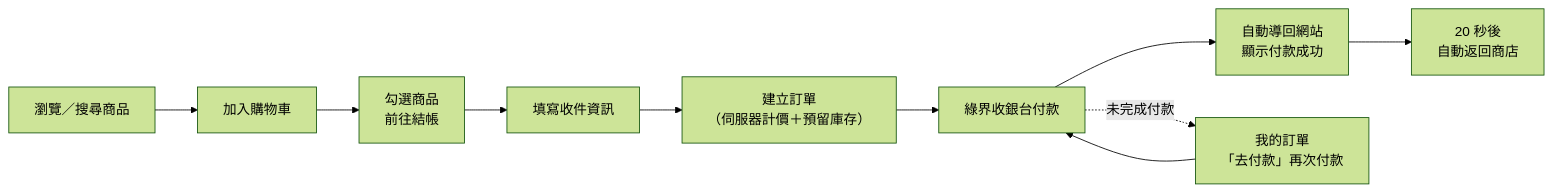
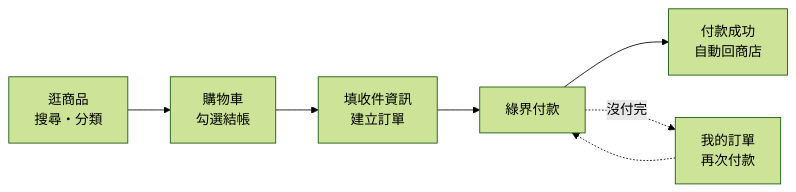
Before and after one commit to boan-chen047/online_shop: the first of 3 diagrams in README.md, drawn with Mermaid (forest theme). The commit also changed other lines of this file, not shown here.

First line of the commit message:
docs: README 流程圖改寫易讀、細節改為可折疊

````diff
--- a/README.md
+++ b/README.md
@@ -70,12 +70,9 @@
 ```mermaid
 flowchart LR
-    A["瀏覽／搜尋商品"] --> B["加入購物車"]
-    B --> C["勾選商品<br/>前往結帳"]
-    C --> D["填寫收件資訊"]
-    D --> E["建立訂單<br/>（伺服器計價＋預留庫存）"]
-    E --> F["綠界收銀台付款"]
-    F --> G["自動導回網站<br/>顯示付款成功"]
-    G --> H["20 秒後<br/>自動返回商店"]
-    F -. 未完成付款 .-> I["我的訂單<br/>「去付款」再次付款"]
-    I --> F
+    A["逛商品<br/>搜尋・分類"] --> B["購物車<br/>勾選結帳"]
+    B --> C["填收件資訊<br/>建立訂單"]
+    C --> D["綠界付款"]
+    D --> E["付款成功<br/>自動回商店"]
+    D -. 沒付完 .-> F["我的訂單<br/>再次付款"]
+    F -.-> D
 ```
````
